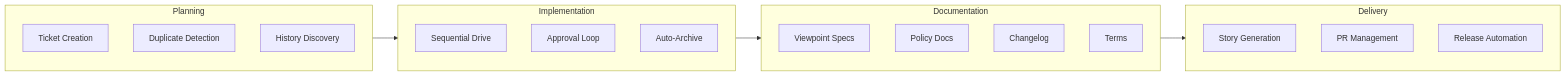
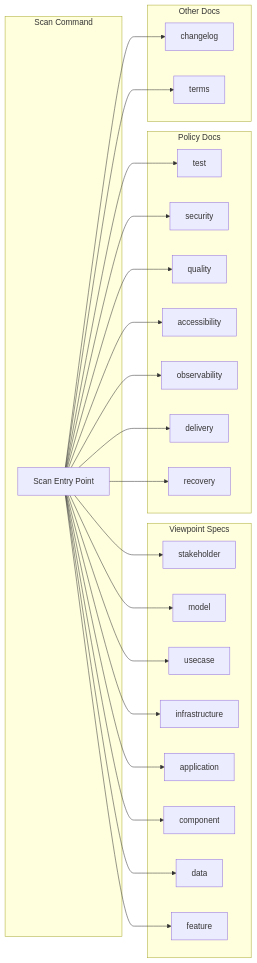
One commit to qmu/workaholic changed the third of 6 diagrams in .workaholic/specs/feature.md. Above: the diagram before and after it, drawn with Mermaid. The commit also changed other lines of this file and 42 other files, not shown here.

````diff
--- a/.workaholic/specs/feature.md
+++ b/.workaholic/specs/feature.md
@@ -92,31 +145,36 @@
 ```mermaid
 flowchart LR
-    subgraph Planning
-        T1[Ticket Creation]
-        T2[Duplicate Detection]
-        T3[History Discovery]
+    subgraph Scan Command
+        S[Scan Entry Point]
     end
 
-    subgraph Implementation
-        D1[Sequential Drive]
-        D2[Approval Loop]
-        D3[Auto-Archive]
+    subgraph Viewpoint Specs
+        V1[stakeholder]
+        V2[model]
+        V3[usecase]
+        V4[infrastructure]
+        V5[application]
+        V6[component]
+        V7[data]
+        V8[feature]
     end
 
-    subgraph Documentation
-        S1[Viewpoint Specs]
-        S2[Policy Docs]
-        S3[Changelog]
-        S4[Terms]
+    subgraph Policy Docs
+        P1[test]
+        P2[security]
+        P3[quality]
+        P4[accessibility]
+        P5[observability]
+        P6[delivery]
+        P7[recovery]
     end
 
-    subgraph Delivery
-        R1[Story Generation]
-        R2[PR Management]
-        R3[Release Automation]
+    subgraph Other Docs
+        C[changelog]
+        T[terms]
     end
 
-    Planning --> Implementation
-    Implementation --> Documentation
-    Documentation --> Delivery
+    S --> V1 & V2 & V3 & V4 & V5 & V6 & V7 & V8
+    S --> P1 & P2 & P3 & P4 & P5 & P6 & P7
+    S --> C & T
 ```
````
